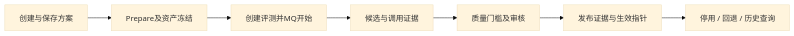
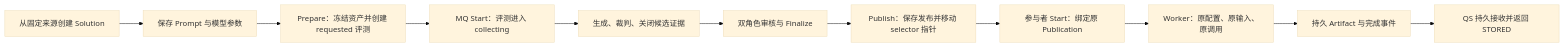
One commit to FangcunMount/qs-ai changed the diagram in docs/00-总览/03-治理链与执行链.md. Above: the diagram before and after it, drawn with Mermaid (base theme). The commit also changed other lines of this file and 1 other file, not shown here.

````diff
--- a/docs/00-总览/03-治理链与执行链.md
+++ b/docs/00-总览/03-治理链与执行链.md
@@ -9,9 +11,13 @@
 ```mermaid
 flowchart LR
-  EDIT[创建与保存方案] --> PREP[Prepare及资产冻结]
-  PREP --> EVAL[创建评测并MQ开始]
-  EVAL --> RESULT[候选与调用证据]
-  RESULT --> REVIEW[质量门槛及审核]
-  REVIEW --> PUB[发布证据与生效指针]
-  PUB --> LIFE[停用 / 回退 / 历史查询]
+  C[从固定来源创建 Solution] --> S[保存 Prompt 与模型参数]
+  S --> P[Prepare：冻结资产并创建 requested 评测]
+  P --> E[MQ Start：评测进入 collecting]
+  E --> V[生成、裁判、关闭候选证据]
+  V --> R[双角色审核与 Finalize]
+  R --> PUB[Publish：保存发布并移动 selector 指针]
+  PUB --> A[参与者 Start：绑定原 Publication]
+  A --> W[Worker：原配置、原输入、原调用]
+  W --> ART[持久 Artifact 与完成事件]
+  ART --> QS[QS 持久接收并返回 STORED]
 ```
````
